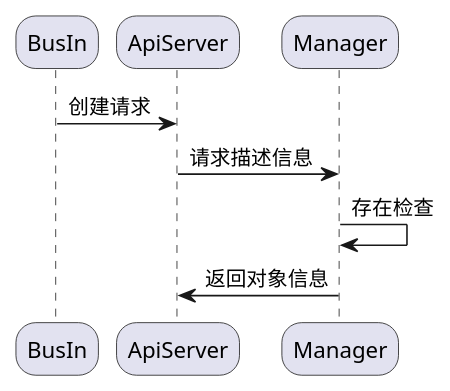
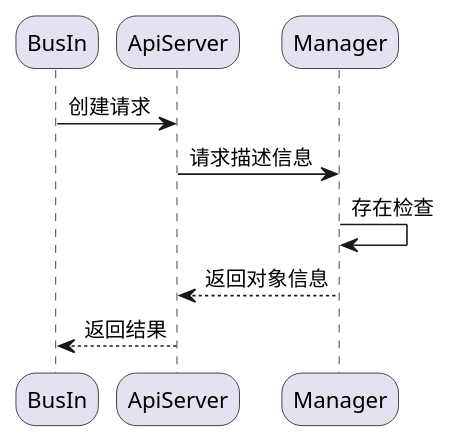
Before and after one commit to Faione/note: the fifth of 7 diagrams in WorkNote/Agent设计v2/执行代理V0.2-重构-草稿.md, drawn with PlantUML. The commit also changed other lines of this file and 1 other file, not shown here.

````diff
--- a/WorkNote/Agent设计v2/执行代理V0.2-重构-草稿.md
+++ b/WorkNote/Agent设计v2/执行代理V0.2-重构-草稿.md
@@ -190,17 +192,17 @@
 ```plantuml
 @startuml
 skinparam roundCorner 25
 skinparam responseMessageBelowArrow true
 
 participant BusIn as f1
 participant ApiServer as f2
 participant Manager as f3
 
 
 f1    ->     f2  :创建请求
 f2    ->     f3  :请求描述信息
 f3    ->     f3  :存在检查
-f3    ->     f2  :返回对象信息
-
+f3   -->     f2  :返回对象信息
+f2   -->     f1  :返回结果
 @enduml
 ```
````
